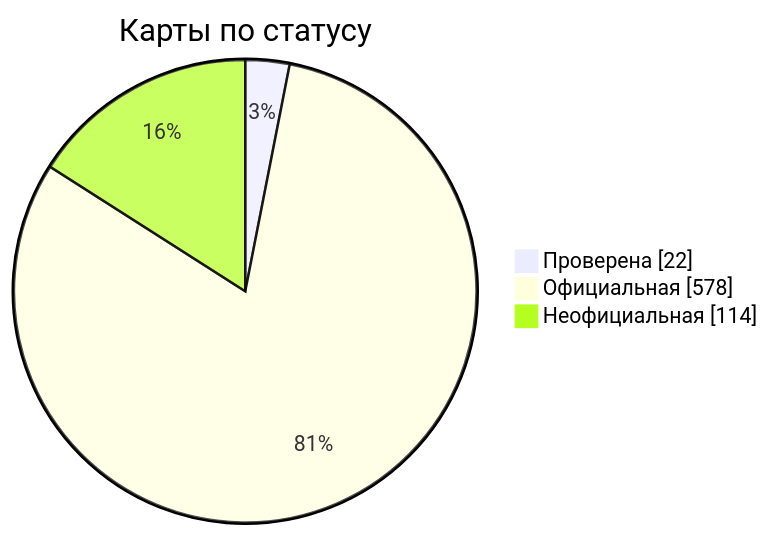
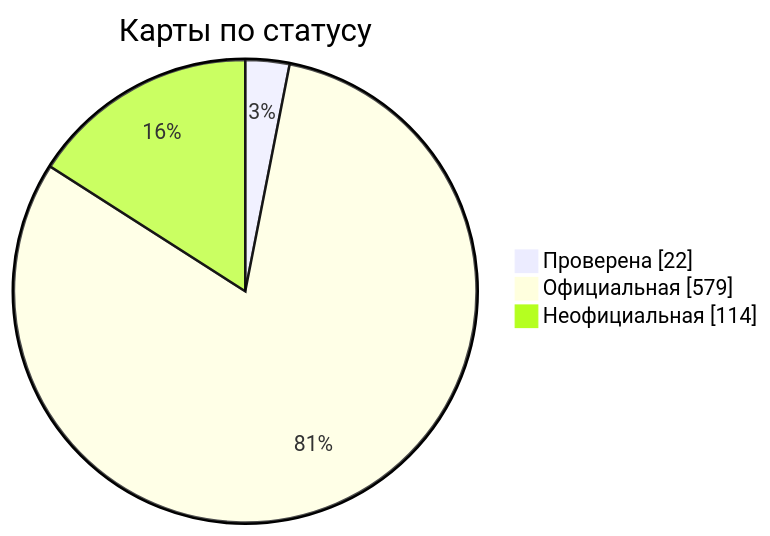
Before and after one commit to nobrega8/mbmap-library: the diagram in docs/readme/README_RU.md, drawn with Mermaid. The commit also changed 6 other files, not shown here.

````diff
--- a/docs/readme/README_RU.md
+++ b/docs/readme/README_RU.md
@@ -54,7 +54,7 @@
 ```mermaid
 pie showData
     title Карты по статусу
     "Проверена" : 22
-    "Официальная" : 578
+    "Официальная" : 579
     "Неофициальная" : 114
 ```
````
